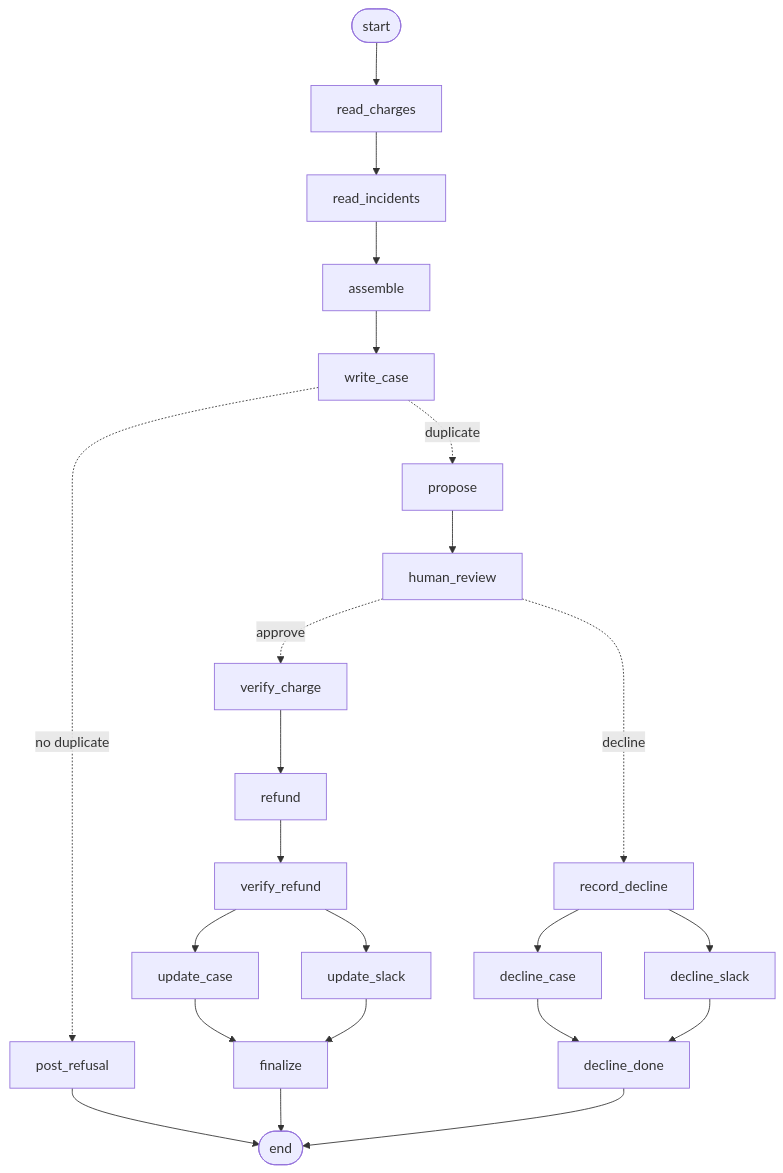
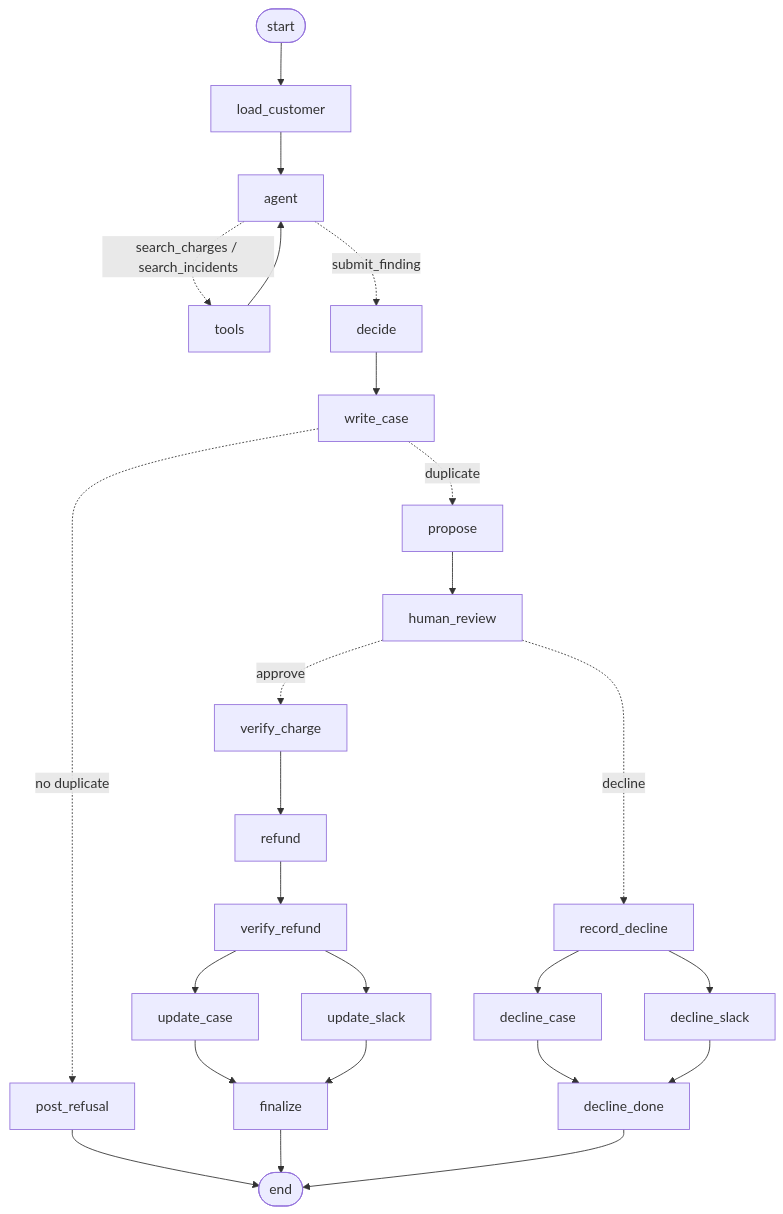
One commit to calledAdo/warrant changed the diagram in README.md. Above: the diagram before and after it, drawn with Mermaid. The commit also changed other lines of this file and 12 other files, not shown here.

First line of the commit message:
Let the agent gather its own evidence through scoped, capped tools

````diff
--- a/README.md
+++ b/README.md
@@ -76,25 +76,27 @@
 ```mermaid
 graph TD;
-  start([start]) --> read_charges;
-  read_charges --> read_incidents;
-  read_incidents --> assemble;
-  assemble --> write_case;
+  start([start]) --> load_customer;
+  load_customer --> agent;
+  agent -.->|search_charges / search_incidents| tools;
+  tools --> agent;
+  agent -.->|submit_finding| decide;
+  decide --> write_case;
   write_case -.->|duplicate| propose;
   write_case -.->|no duplicate| post_refusal;
   post_refusal --> done([end]);
   propose --> human_review;
   human_review -.->|approve| verify_charge;
   human_review -.->|decline| record_decline;
   verify_charge --> refund;
   refund --> verify_refund;
   verify_refund --> update_case;
   verify_refund --> update_slack;
   update_case --> finalize;
   update_slack --> finalize;
   finalize --> done;
   record_decline --> decline_case;
   record_decline --> decline_slack;
   decline_case --> decline_done;
   decline_slack --> decline_done;
   decline_done --> done;
 ```
````
